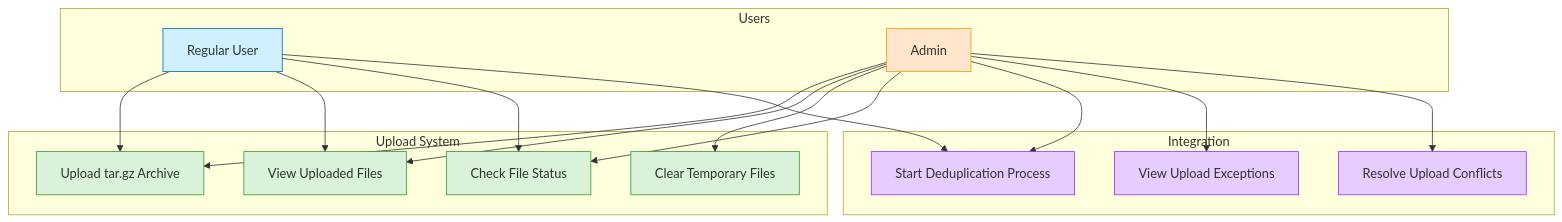
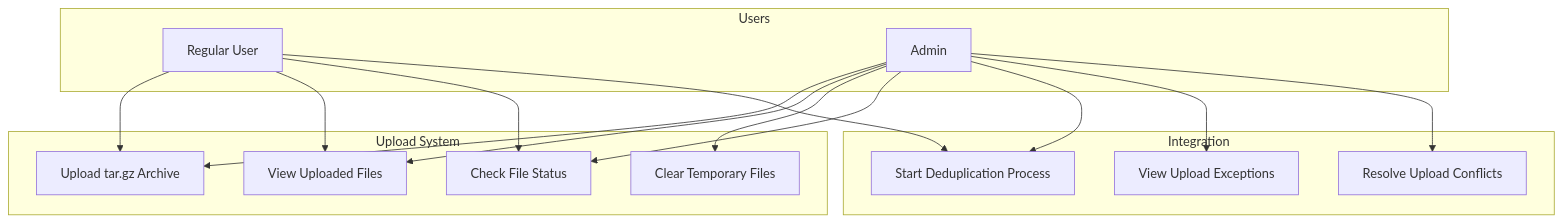
One commit to fares1919-ltrch/Backend-stage changed the first of 4 diagrams in Documentation/Upload.md. Above: the diagram before and after it, drawn with Mermaid. The commit also changed other lines of this file and 20 other files, not shown here.

````diff
--- a/Documentation/Upload.md
+++ b/Documentation/Upload.md
@@ -9,43 +9,39 @@
 ```mermaid
 graph TD
     subgraph Users
         User[Regular User]
         Admin[Admin]
     end
 
     subgraph Upload System
         UploadArchive[Upload tar.gz Archive]
         ViewUploadedFiles[View Uploaded Files]
         ClearTempFiles[Clear Temporary Files]
         CheckFileStatus[Check File Status]
     end
 
     subgraph Integration
         StartDeduplication[Start Deduplication Process]
         ViewExceptions[View Upload Exceptions]
         ResolveConflicts[Resolve Upload Conflicts]
     end
 
     User --> UploadArchive
     User --> ViewUploadedFiles
     User --> CheckFileStatus
     User --> StartDeduplication
 
     Admin --> UploadArchive
     Admin --> ViewUploadedFiles
     Admin --> ClearTempFiles
     Admin --> CheckFileStatus
     Admin --> StartDeduplication
     Admin --> ViewExceptions
     Admin --> ResolveConflicts
 
-    classDef user fill:#d1f0ff,stroke:#0066cc
-    classDef admin fill:#ffe6cc,stroke:#ff9900
-    classDef upload fill:#d9f2d9,stroke:#339933
-    classDef integration fill:#e6ccff,stroke:#9933ff
 
     class User user
     class Admin admin
     class UploadArchive,ViewUploadedFiles,ClearTempFiles,CheckFileStatus upload
     class StartDeduplication,ViewExceptions,ResolveConflicts integration
 ```
````
